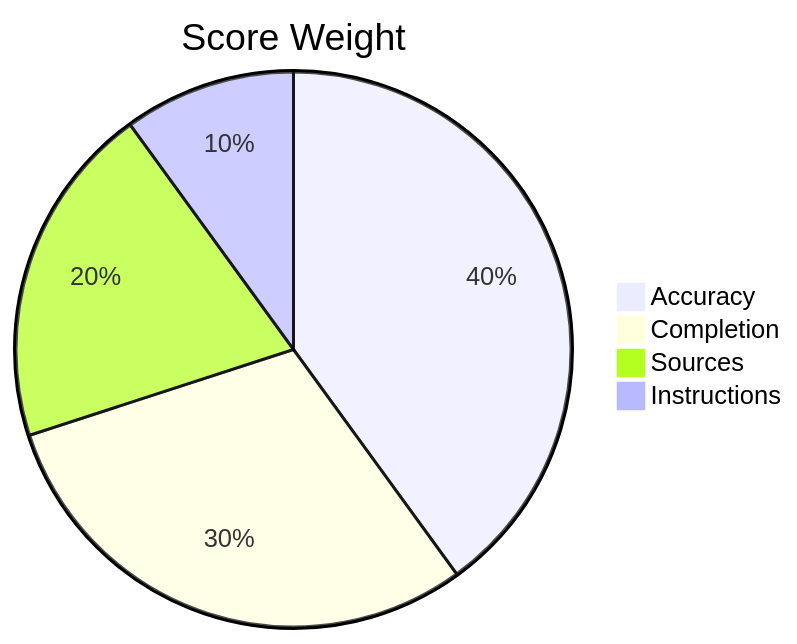
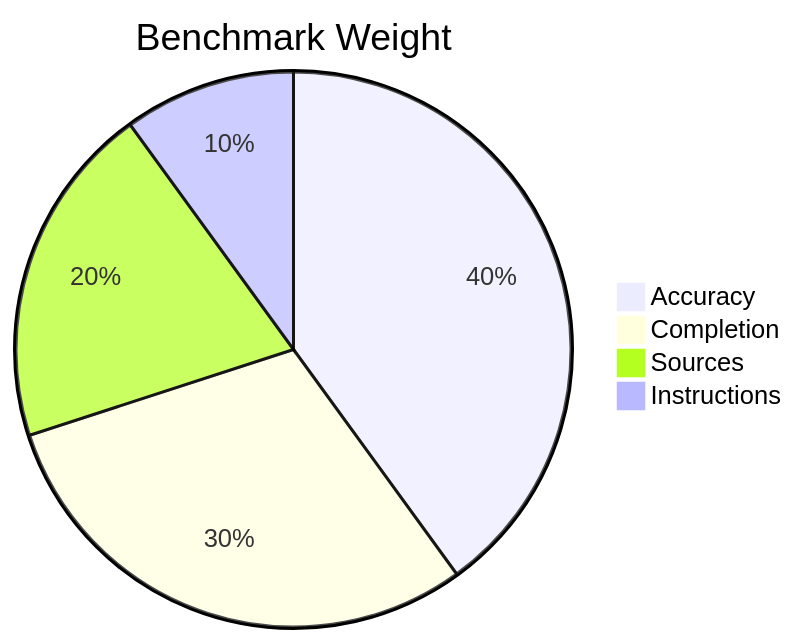
The tenth of 12 diagrams in README.md (mahik2007/hackathon), drawn with Mermaid before and after one commit. The commit also changed other lines of this file, not shown here.

````diff
--- a/README.md
+++ b/README.md
@@ -160,7 +167,7 @@
 ```mermaid
-pie title Score Weight
-    "Accuracy" : 40
-    "Completion" : 30
-    "Sources" : 20
-    "Instructions" : 10
+pie title Benchmark Weight
+"Accuracy" : 40
+"Completion" : 30
+"Sources" : 20
+"Instructions" : 10
 ```
````
